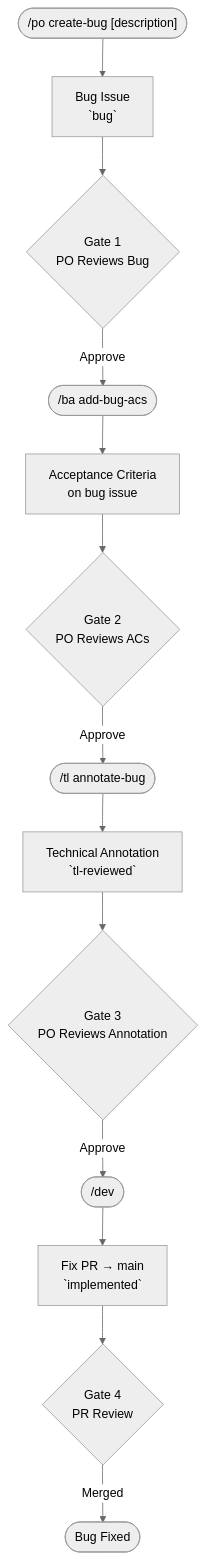
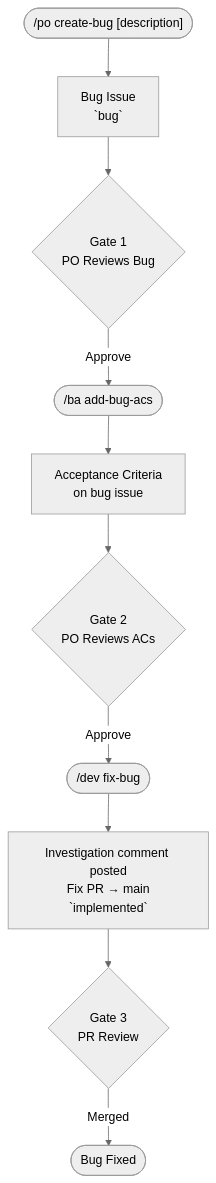
One commit to simpscal/notism changed the second of 4 diagrams in README.md. Above: the diagram before and after it, drawn with Mermaid (neutral theme). The commit also changed other lines of this file and 14 other files, not shown here.

First line of the commit message:
refactor: remove tl from bug workflow, split dev into story and fix-bug commands

````diff
--- a/README.md
+++ b/README.md
@@ -64,15 +64,12 @@
 ```mermaid
 flowchart TD
     A(["/po create-bug [description]"]) --> B["Bug Issue<br/>`bug`"]
     B --> G1{Gate 1<br/>PO Reviews Bug}
     G1 -->|Approve| C(["/ba add-bug-acs <issue>"])
     C --> D["Acceptance Criteria<br/>on bug issue"]
     D --> G2{Gate 2<br/>PO Reviews ACs}
-    G2 -->|Approve| E(["/tl annotate-bug <issue>"])
-    E --> F["Technical Annotation<br/>`tl-reviewed`"]
-    F --> G3{Gate 3<br/>PO Reviews Annotation}
-    G3 -->|Approve| H(["/dev <issue>"])
-    H --> I["Fix PR → main<br/>`implemented`"]
-    I --> G4{Gate 4<br/>PR Review}
-    G4 -->|Merged| J([Bug Fixed])
+    G2 -->|Approve| H(["/dev fix-bug <issue>"])
+    H --> I["Investigation comment posted<br/>Fix PR → main<br/>`implemented`"]
+    I --> G3{Gate 3<br/>PR Review}
+    G3 -->|Merged| J([Bug Fixed])
 ```
````
